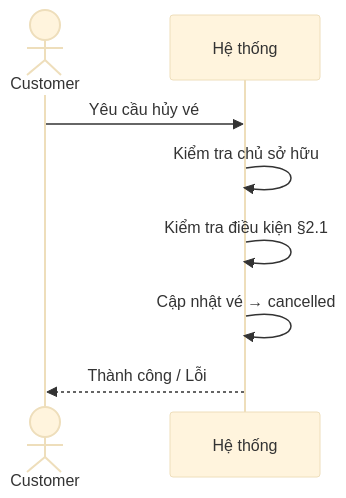
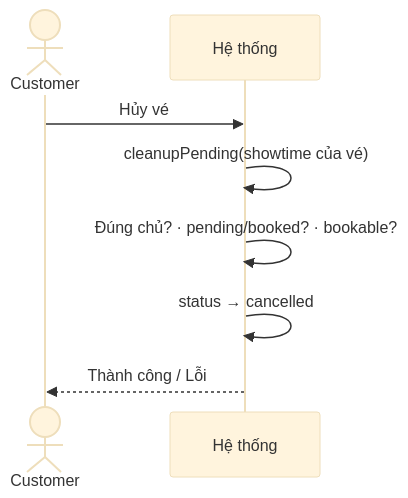
One commit to Hoangvu2911/SBU5_learnPython changed the sixth of 10 diagrams in myproject/SPEC.md. Above: the diagram before and after it, drawn with Mermaid (base theme). The commit also changed other lines of this file, not shown here.

````diff
--- a/myproject/SPEC.md
+++ b/myproject/SPEC.md
@@ -146,11 +346,11 @@
 ```mermaid
 sequenceDiagram
   actor C as Customer
   participant S as Hệ thống
 
-  C->>S: Yêu cầu hủy vé
-  S->>S: Kiểm tra chủ sở hữu
-  S->>S: Kiểm tra điều kiện §2.1
-  S->>S: Cập nhật vé → cancelled
+  C->>S: Hủy vé
+  S->>S: cleanupPending(showtime của vé)
+  S->>S: Đúng chủ? · pending/booked? · bookable?
+  S->>S: status → cancelled
   S-->>C: Thành công / Lỗi
 ```
````
